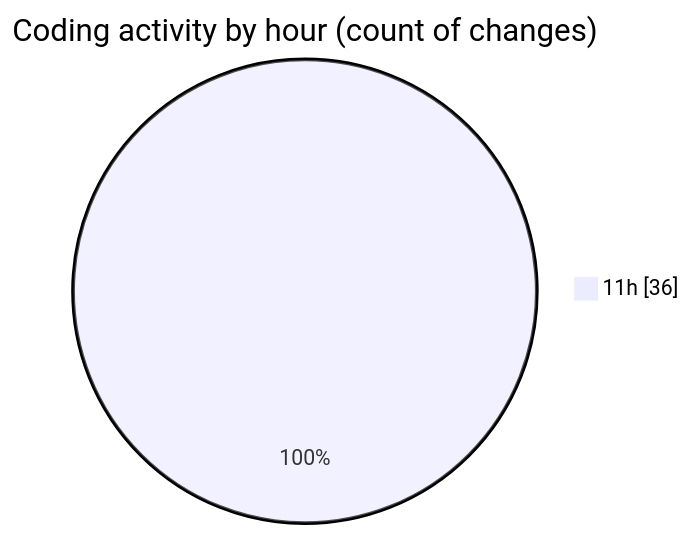
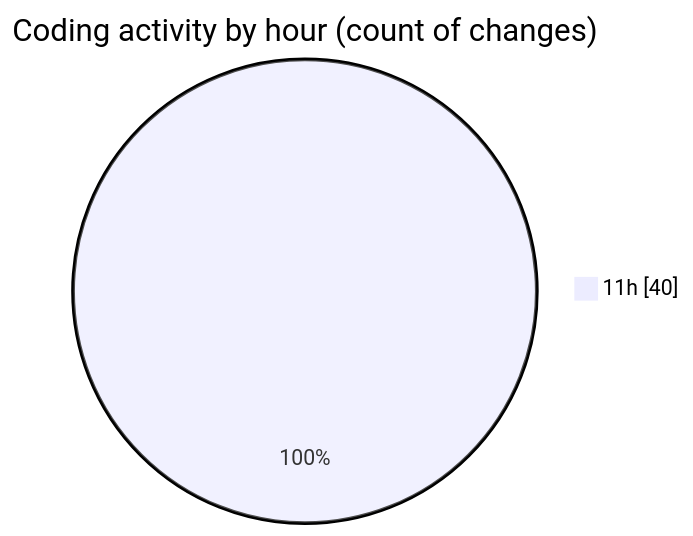
Before and after one commit to charlie-sans/code-tracking: the second of 2 diagrams in 2025-04-30/uhigh-lang/README.md, drawn with Mermaid. The commit also changed other lines of this file and 1 other file, not shown here.

````diff
--- a/2025-04-30/uhigh-lang/README.md
+++ b/2025-04-30/uhigh-lang/README.md
@@ -36,5 +36,5 @@
 ```mermaid
 pie showData
 title Coding activity by hour (count of changes)
-"11h" : 36
+"11h" : 40
 ```
````
